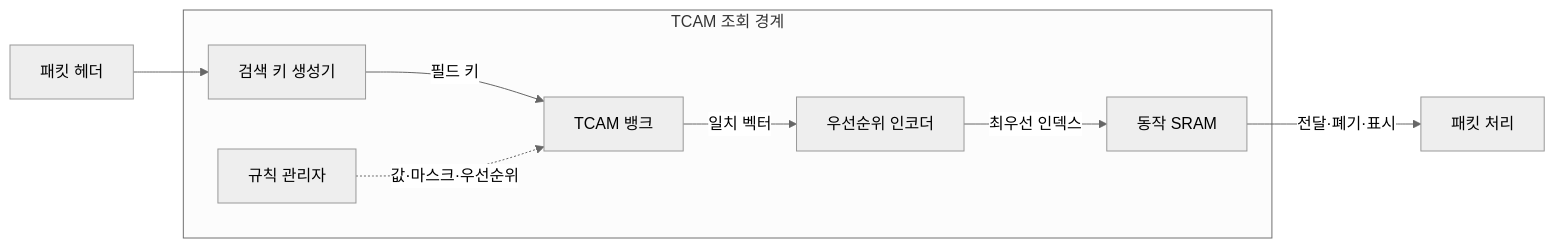
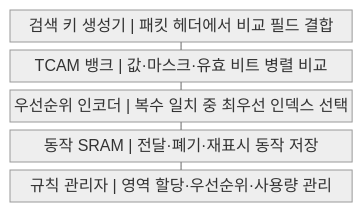
One commit to agnusdei1207/knowledge-base changed the first of 2 diagrams in src/content/docs/notes/04-network/075_tcam.md. Above: the diagram before and after it, drawn with Mermaid (neutral theme). The commit also changed other lines of this file and 20 other files, not shown here.

````diff
--- a/src/content/docs/notes/04-network/075_tcam.md
+++ b/src/content/docs/notes/04-network/075_tcam.md
@@ -58,17 +58,13 @@
 ```mermaid
-flowchart LR
-    PACKET[패킷 헤더]
-    subgraph T[TCAM 조회 경계]
-        KEY[검색 키 생성기]
-        BANK[TCAM 뱅크]
-        PRI[우선순위 인코더]
-        ACT[동작 SRAM]
-        MGR[규칙 관리자]
-        KEY -->|필드 키| BANK
-        BANK -->|일치 벡터| PRI
-        PRI -->|최우선 인덱스| ACT
-        MGR -.->|값·마스크·우선순위| BANK
-    end
-    PACKET --> KEY
-    ACT -->|전달·폐기·표시| OUT[패킷 처리]
+block
+    columns 1
+    A["검색 키 생성기 | 패킷 헤더에서 비교 필드 결합"]
+    B["TCAM 뱅크 | 값·마스크·유효 비트 병렬 비교"]
+    C["우선순위 인코더 | 복수 일치 중 최우선 인덱스 선택"]
+    D["동작 SRAM | 전달·폐기·재표시 동작 저장"]
+    E["규칙 관리자 | 영역 할당·우선순위·사용량 관리"]
+    A --- B
+    B --- C
+    C --- D
+    D --- E
 ```
````
